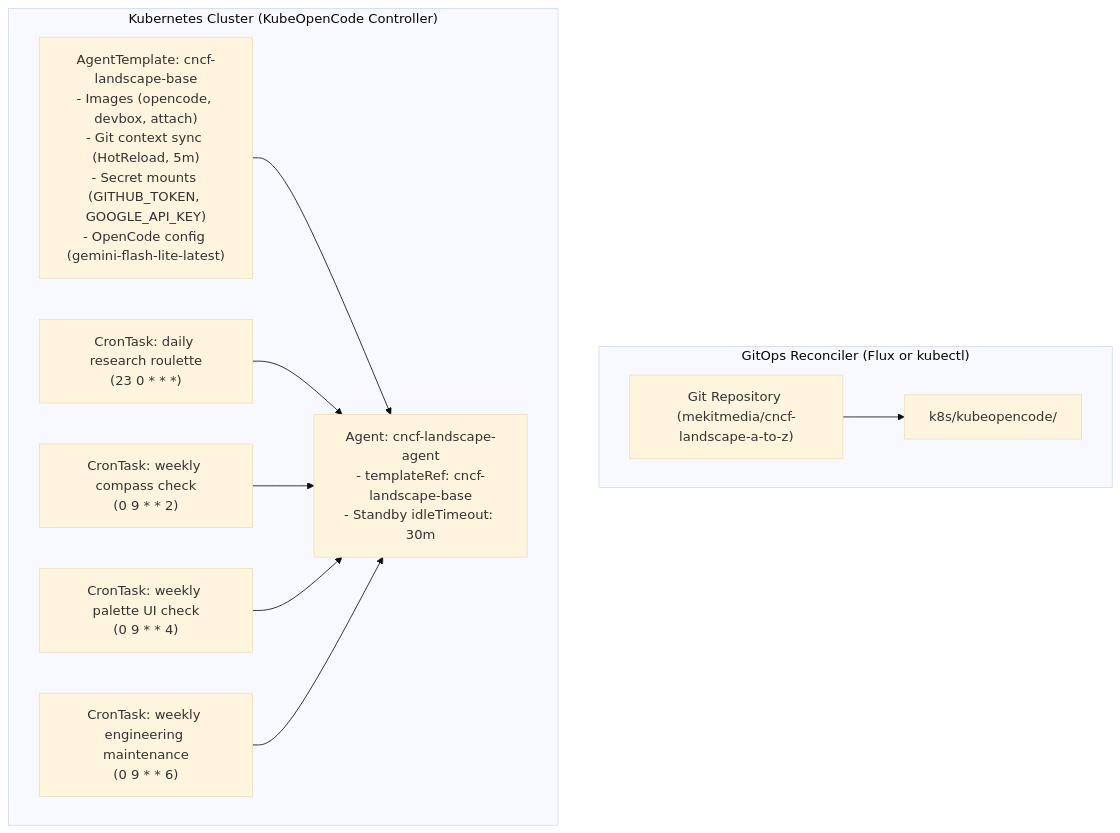
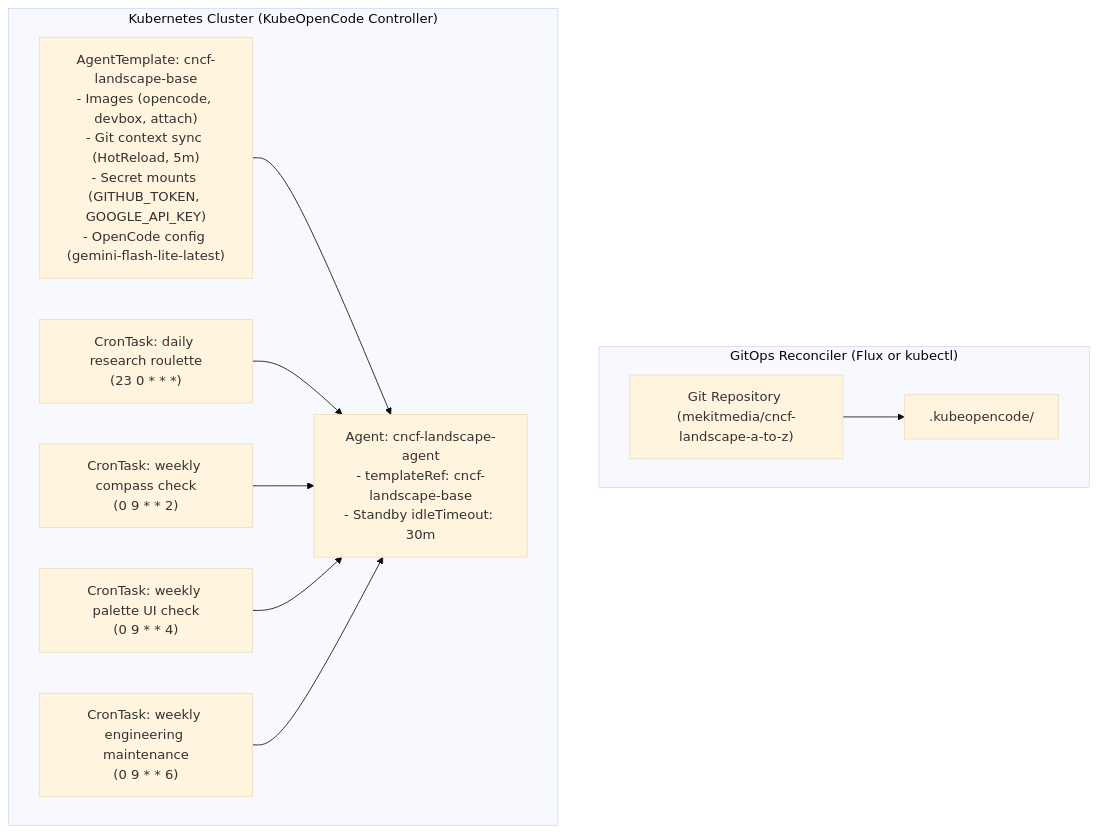
One commit to mekitmedia/cncf-landscape-a-to-z changed the diagram in docs/kubeopencode-agent-templates.md. Above: the diagram before and after it, drawn with Mermaid (base theme). The commit also changed other lines of this file and 11 other files, not shown here.

````diff
--- a/docs/kubeopencode-agent-templates.md
+++ b/docs/kubeopencode-agent-templates.md
@@ -13,22 +13,22 @@
 ```mermaid
 graph TD
     subgraph GitOps["GitOps Reconciler (Flux or kubectl)"]
-        GitRepo["Git Repository (mekitmedia/cncf-landscape-a-to-z)"] --> Kustomize["k8s/kubeopencode/"]
+        GitRepo["Git Repository (mekitmedia/cncf-landscape-a-to-z)"] --> Kustomize[".kubeopencode/"]
     end
 
     subgraph KubeOpenCode["Kubernetes Cluster (KubeOpenCode Controller)"]
         Template["AgentTemplate: cncf-landscape-base<br/>- Images (opencode, devbox, attach)<br/>- Git context sync (HotReload, 5m)<br/>- Secret mounts (GITHUB_TOKEN, GOOGLE_API_KEY)<br/>- OpenCode config (gemini-flash-lite-latest)"]
         Agent["Agent: cncf-landscape-agent<br/>- templateRef: cncf-landscape-base<br/>- Standby idleTimeout: 30m"]
         
         Cron1["CronTask: daily research roulette<br/>(23 0 * * *)"]
         Cron2["CronTask: weekly compass check<br/>(0 9 * * 2)"]
         Cron3["CronTask: weekly palette UI check<br/>(0 9 * * 4)"]
         Cron4["CronTask: weekly engineering maintenance<br/>(0 9 * * 6)"]
 
         Template --> Agent
         Cron1 --> Agent
         Cron2 --> Agent
         Cron3 --> Agent
         Cron4 --> Agent
     end
 ```
````
